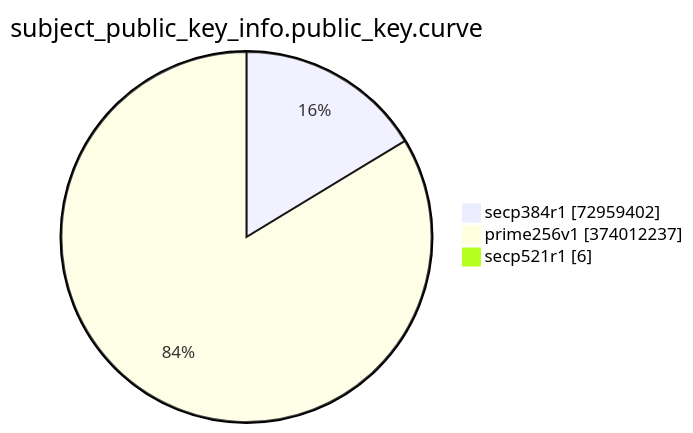
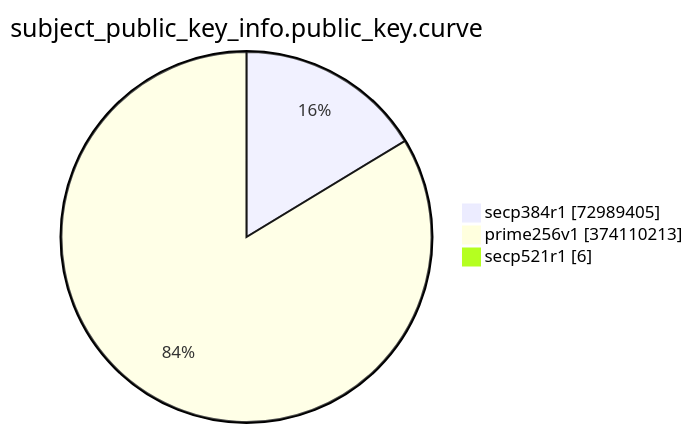
One commit to christiankrug/ctmonitor_visualization changed the eighth of 15 diagrams in TOTAL/README.md. Above: the diagram before and after it, drawn with Mermaid. The commit also changed other lines of this file, not shown here.

````diff
--- a/TOTAL/README.md
+++ b/TOTAL/README.md
@@ -3092,7 +3092,7 @@
 ```mermaid
 pie showData
 title subject_public_key_info.public_key.curve
-"secp384r1" :72959402
-"prime256v1" :374012237
+"secp384r1" :72989405
+"prime256v1" :374110213
 "secp521r1" :6
 ```
````
